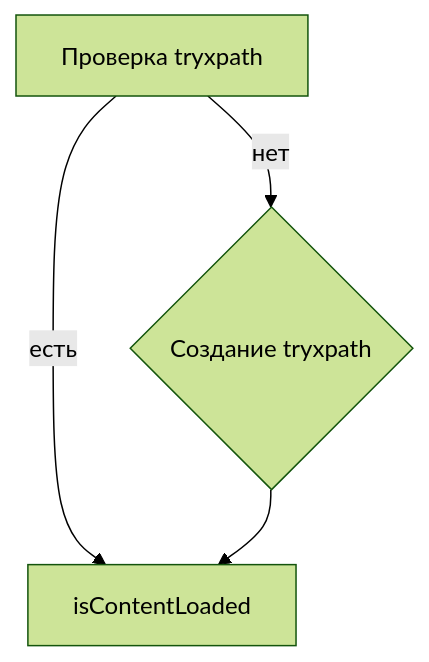
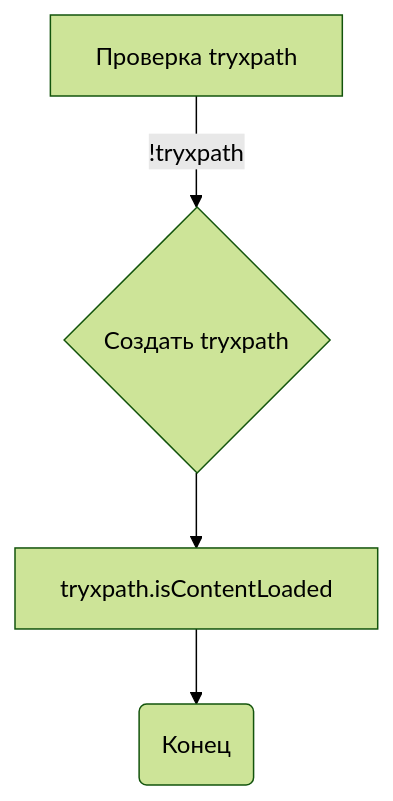
The diagram in docs/gemini/ru/explainer/src/webdriver/firefox/extentions/try_path_1.3.5/scripts/try_xpath_check_frame.md (hypo69/hypo), drawn with Mermaid (forest theme) before and after one commit. The commit also changed other lines of this file and 311 other files, not shown here.

````diff
--- a/docs/gemini/ru/explainer/src/webdriver/firefox/extentions/try_path_1.3.5/scripts/try_xpath_check_frame.md
+++ b/docs/gemini/ru/explainer/src/webdriver/firefox/extentions/try_path_1.3.5/scripts/try_xpath_check_frame.md
@@ -44,6 +38,6 @@
 ```mermaid
 graph TD
-    A[Проверка tryxpath] -->|нет| B{Создание tryxpath};
-    A -->|есть| C[isContentLoaded];
-    B --> C;
+    A[Проверка tryxpath] -->| !tryxpath| B{Создать tryxpath};
+    B --> C[tryxpath.isContentLoaded];
+    C --> D(Конец);
 ```
````
